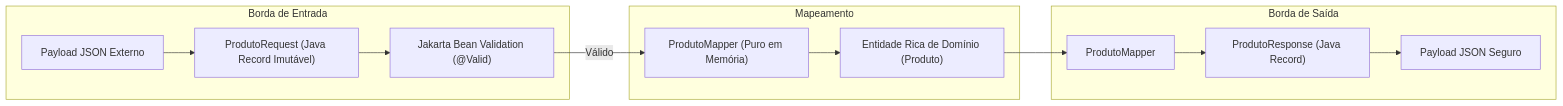
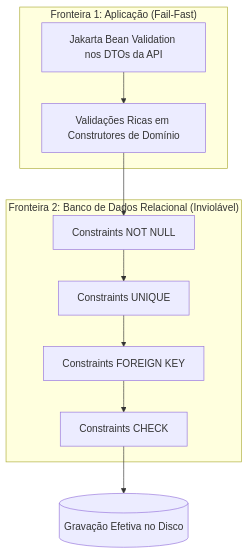
Diagram 20 of 31 in 4º Semestre/[Prof. Jefferson Passerini] Laboratório de Programação IV/Resumos-IA/Caderno-Consolidado.md (murilolol/unifef), drawn with Mermaid before and after one commit. The commit also changed other lines of this file and 58 other files, not shown here.

````diff
--- a/4º Semestre/[Prof. Jefferson Passerini] Laboratório de Programação IV/Resumos-IA/Caderno-Consolidado.md
+++ b/4º Semestre/[Prof. Jefferson Passerini] Laboratório de Programação IV/Resumos-IA/Caderno-Consolidado.md
@@ -713,18 +1004,18 @@
 ```mermaid
-flowchart LR
-  subgraph EntradaRede["Borda de Entrada"]
-    JSON["Payload JSON Externo"] --> DTO["ProdutoRequest (Java Record Imutável)"]
-    DTO --> Val["Jakarta Bean Validation (@Valid)"]
-  end
+flowchart TD
+    subgraph CamadaJava["Fronteira 1: Aplicação (Fail-Fast)"]
+        Construtor["Validações Ricas em Construtores de Domínio"]
+        BeanVal["Jakarta Bean Validation nos DTOs da API"]
+    end
 
-  subgraph AdaptadorInterno["Mapeamento"]
-    Val -->|"Válido"| Map["ProdutoMapper (Puro em Memória)"]
-    Map --> Ent["Entidade Rica de Domínio (Produto)"]
-  end
+    subgraph CamadaBanco["Fronteira 2: Banco de Dados Relacional (Inviolável)"]
+        NOTNULL["Constraints NOT NULL"]
+        UK["Constraints UNIQUE"]
+        FK["Constraints FOREIGN KEY"]
+        CK["Constraints CHECK"]
+    end
 
-  subgraph SaidaRede["Borda de Saída"]
-    Ent --> MapRes["ProdutoMapper"]
-    MapRes --> Res["ProdutoResponse (Java Record)"]
-    Res --> JSONOut["Payload JSON Seguro"]
-  end
+    BeanVal --> Construtor
+    Construtor --> NOTNULL
+    NOTNULL --> UK --> FK --> CK --> Gravacao[("Gravação Efetiva no Disco")]
 ```
````
